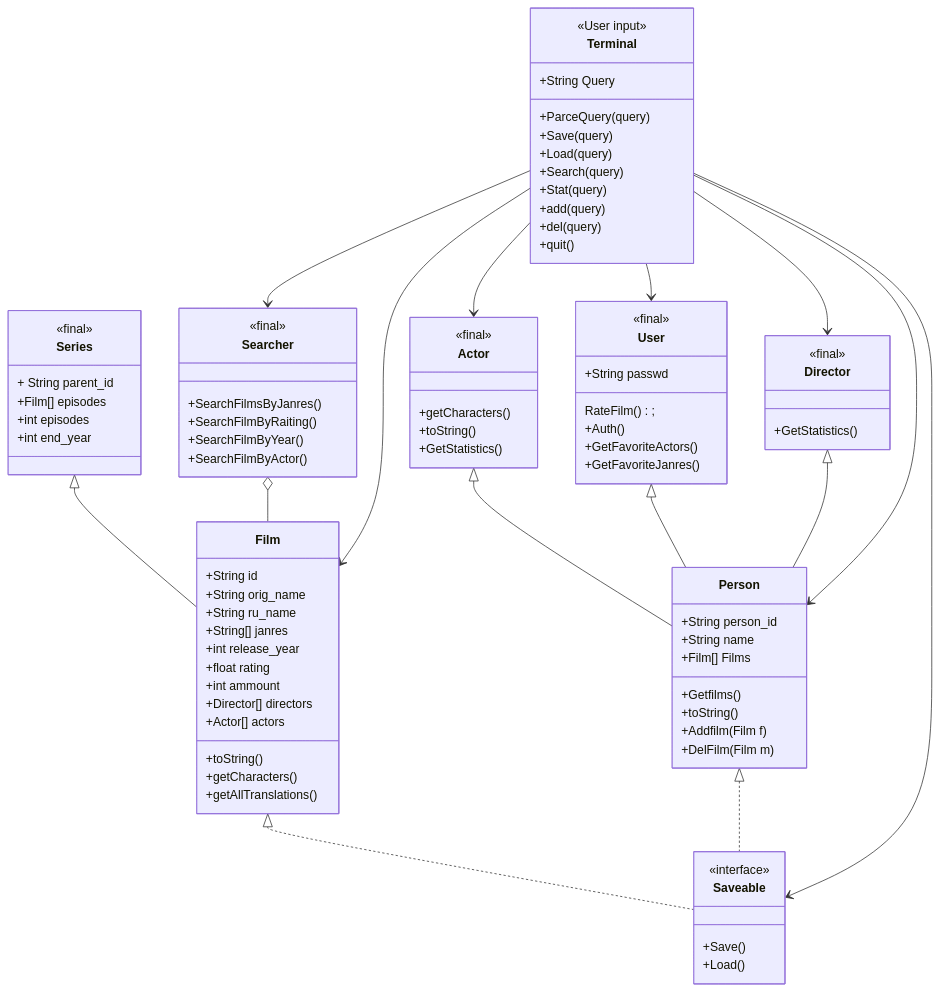
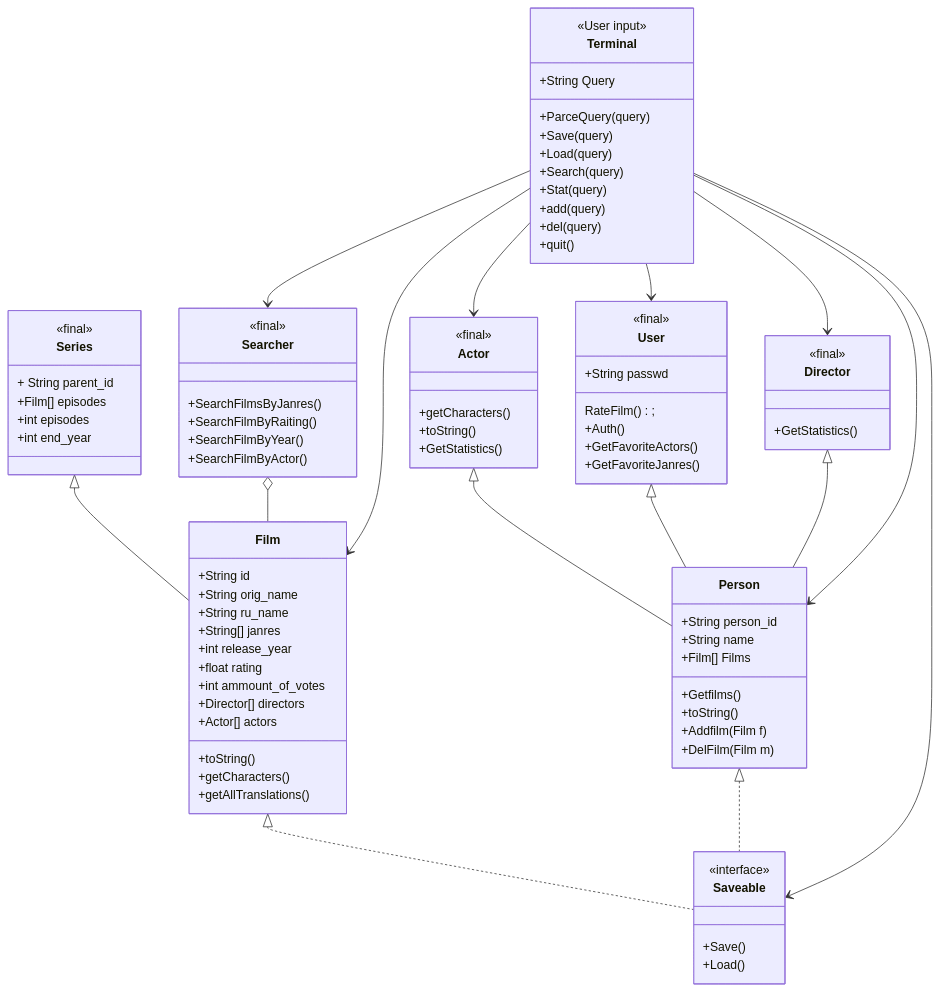
One commit to mmonastyrskiy/Programming_3_sem changed the diagram in Java_OOP/Monastyrskiy/Java_project/docs/structure.md. Above: the diagram before and after it, drawn with Mermaid.

```diff
--- a/Java_OOP/Monastyrskiy/Java_project/docs/structure.md
+++ b/Java_OOP/Monastyrskiy/Java_project/docs/structure.md
@@ -34,7 +34,7 @@
     	+String[] janres
     	+int release_year
     	+float rating
-    	+int ammount
+    	+int ammount_of_votes
     	+Director[] directors
     	+Actor[] actors
     	+toString()
```
